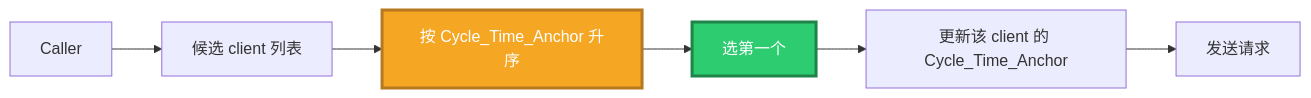
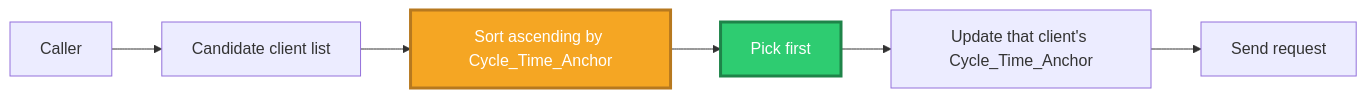
Diagram 20 of 26 in cpp/LingoFuse_Cpp_Knowledge_Base.md (PassByYou888/LingoFuse), drawn with Mermaid before and after one commit. The commit also changed other lines of this file, not shown here.

````diff
--- a/cpp/LingoFuse_Cpp_Knowledge_Base.md
+++ b/cpp/LingoFuse_Cpp_Knowledge_Base.md
@@ -708,11 +1634,11 @@
 ```mermaid
 flowchart LR
-    C["Caller"] --> L["候选 client 列表"]
-    L --> S["按 Cycle_Time_Anchor 升序"]
-    S --> P["选第一个"]
-    P --> U["更新该 client 的 Cycle_Time_Anchor"]
-    U --> CALL["发送请求"]
+    C["Caller"] --> L["Candidate client list"]
+    L --> S["Sort ascending by Cycle_Time_Anchor"]
+    S --> P["Pick first"]
+    P --> U["Update that client's Cycle_Time_Anchor"]
+    U --> CALL["Send request"]
 
     style S fill:#F5A623,stroke:#B7791F,stroke-width:3px,color:#FFFFFF
     style P fill:#2ECC71,stroke:#1E8449,stroke-width:3px,color:#FFFFFF
 ```
````
